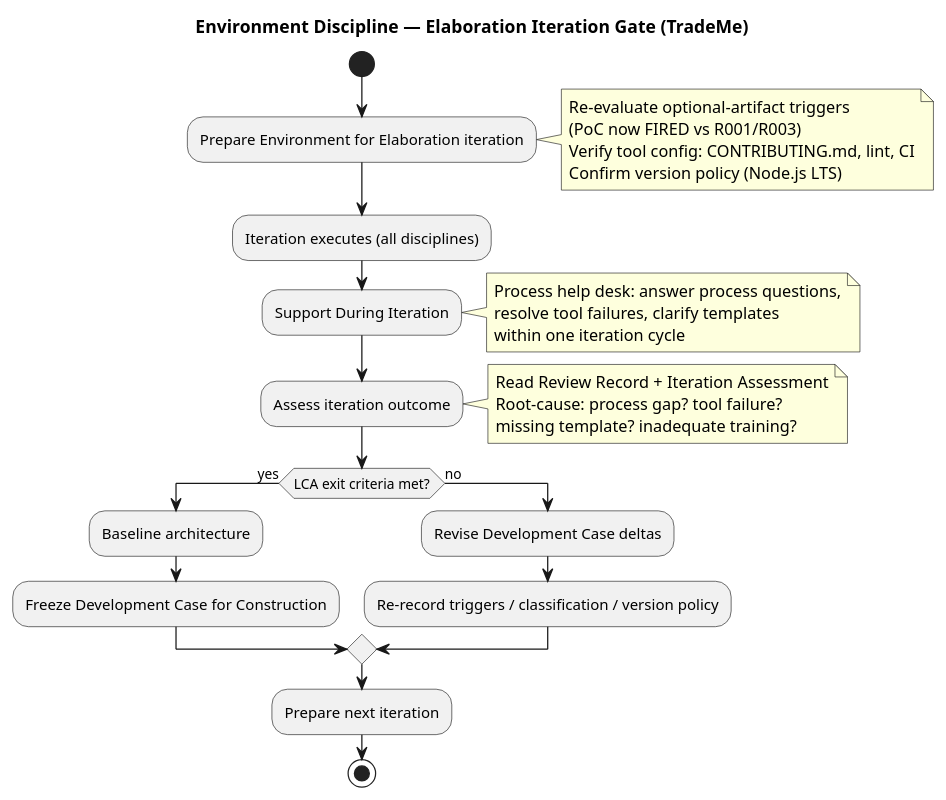
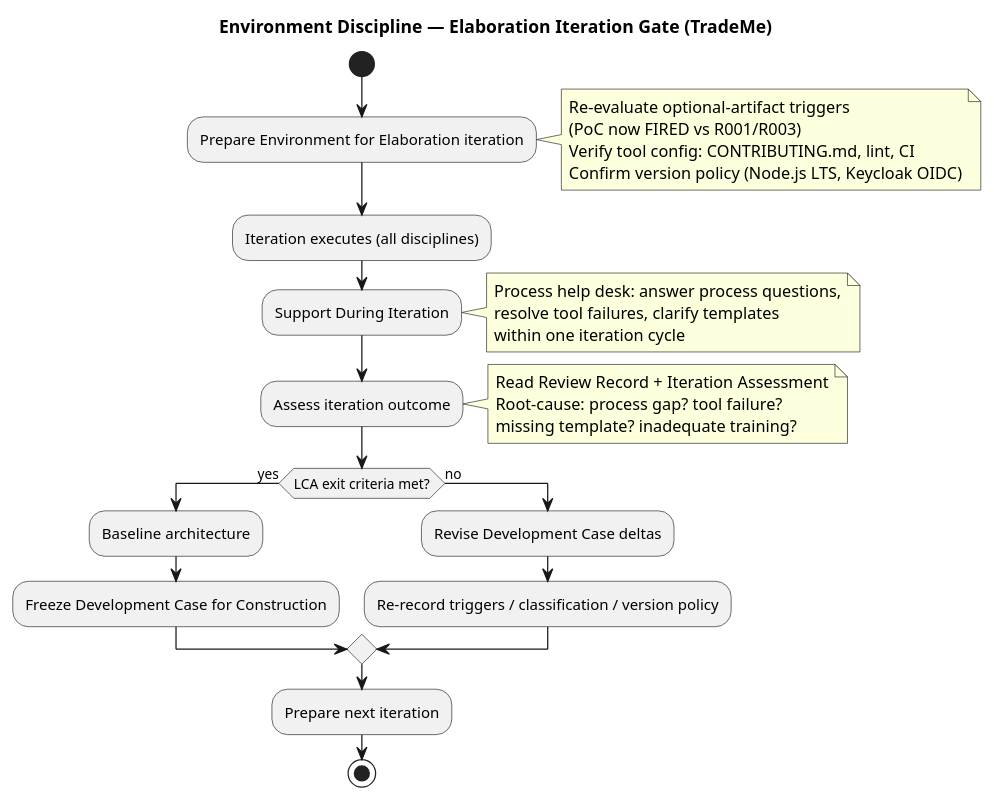
The first of 2 diagrams in docs/artifacts/environment/development-case.md (banense-test/trademe), drawn with PlantUML before and after one commit. The commit also changed other lines of this file, not shown here.

````diff
--- a/docs/artifacts/environment/development-case.md
+++ b/docs/artifacts/environment/development-case.md
@@ -70,41 +72,41 @@
 ```plantuml
 @startuml
 title Environment Discipline — Elaboration Iteration Gate (TradeMe)
 
 start
 :Prepare Environment for Elaboration iteration;
 note right
   Re-evaluate optional-artifact triggers
   (PoC now FIRED vs R001/R003)
   Verify tool config: CONTRIBUTING.md, lint, CI
-  Confirm version policy (Node.js LTS)
+  Confirm version policy (Node.js LTS, Keycloak OIDC)
 end note
 
 :Iteration executes (all disciplines);
 
 :Support During Iteration;
 note right
   Process help desk: answer process questions,
   resolve tool failures, clarify templates
   within one iteration cycle
 end note
 
 :Assess iteration outcome;
 note right
   Read Review Record + Iteration Assessment
   Root-cause: process gap? tool failure?
   missing template? inadequate training?
 end note
 
 if (LCA exit criteria met?) then (yes)
   :Baseline architecture;
   :Freeze Development Case for Construction;
 else (no)
   :Revise Development Case deltas;
   :Re-record triggers / classification / version policy;
 endif
 
 :Prepare next iteration;
 stop
 @enduml
 ```
````
